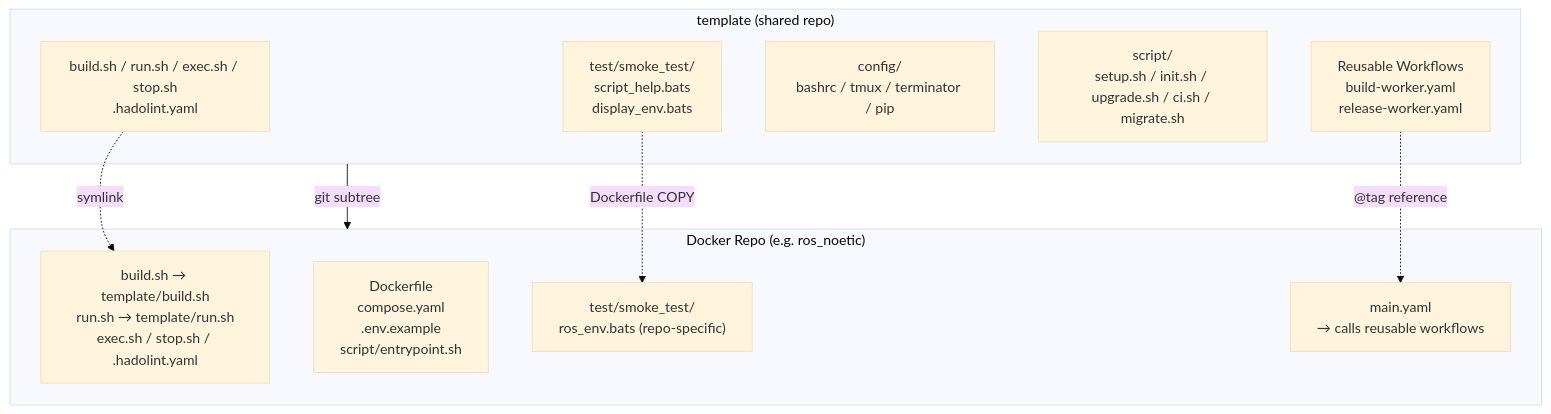
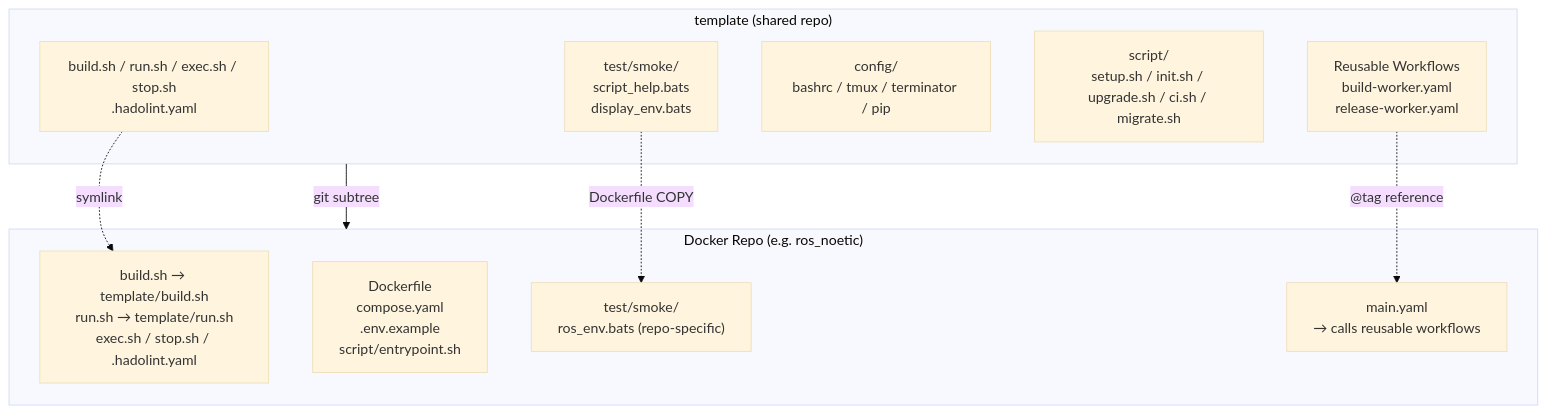
One commit to ycpss91255-docker/base changed the first of 2 diagrams in README.md. Above: the diagram before and after it, drawn with Mermaid (base theme). The commit also changed other lines of this file and 18 other files, not shown here.

First line of the commit message:
refactor: rename test/smoke_test/ → test/smoke/

````diff
--- a/README.md
+++ b/README.md
@@ -53,22 +53,22 @@
 ```mermaid
 graph TB
     subgraph template["template (shared repo)"]
         scripts["build.sh / run.sh / exec.sh / stop.sh<br/>.hadolint.yaml"]
-        smoke["test/smoke_test/<br/>script_help.bats<br/>display_env.bats"]
+        smoke["test/smoke/<br/>script_help.bats<br/>display_env.bats"]
         config["config/<br/>bashrc / tmux / terminator / pip"]
         mgmt["script/<br/>setup.sh / init.sh / upgrade.sh / ci.sh / migrate.sh"]
         workflows["Reusable Workflows<br/>build-worker.yaml<br/>release-worker.yaml"]
     end
 
     subgraph consumer["Docker Repo (e.g. ros_noetic)"]
         symlinks["build.sh → template/build.sh<br/>run.sh → template/run.sh<br/>exec.sh / stop.sh / .hadolint.yaml"]
         dockerfile["Dockerfile<br/>compose.yaml<br/>.env.example<br/>script/entrypoint.sh"]
-        repo_test["test/smoke_test/<br/>ros_env.bats (repo-specific)"]
+        repo_test["test/smoke/<br/>ros_env.bats (repo-specific)"]
         main_yaml["main.yaml<br/>→ calls reusable workflows"]
     end
 
     template -- "git subtree" --> consumer
     scripts -. symlink .-> symlinks
     smoke -. "Dockerfile COPY" .-> repo_test
     workflows -. "@tag reference" .-> main_yaml
 ```
````
